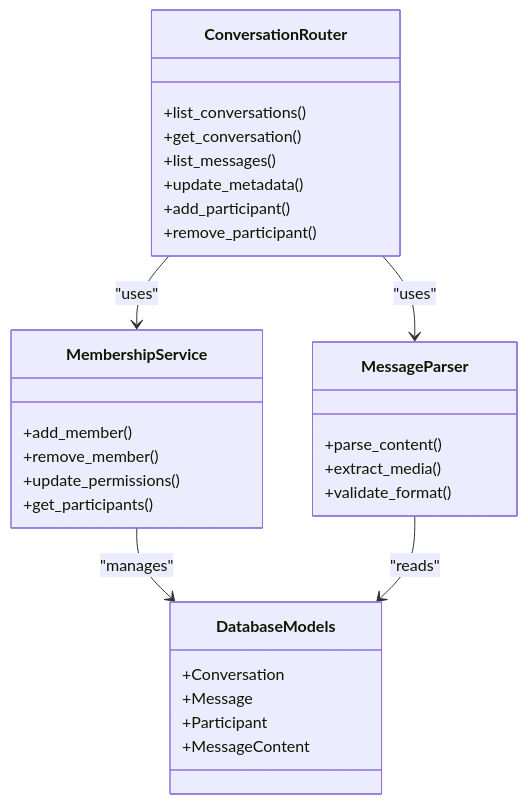
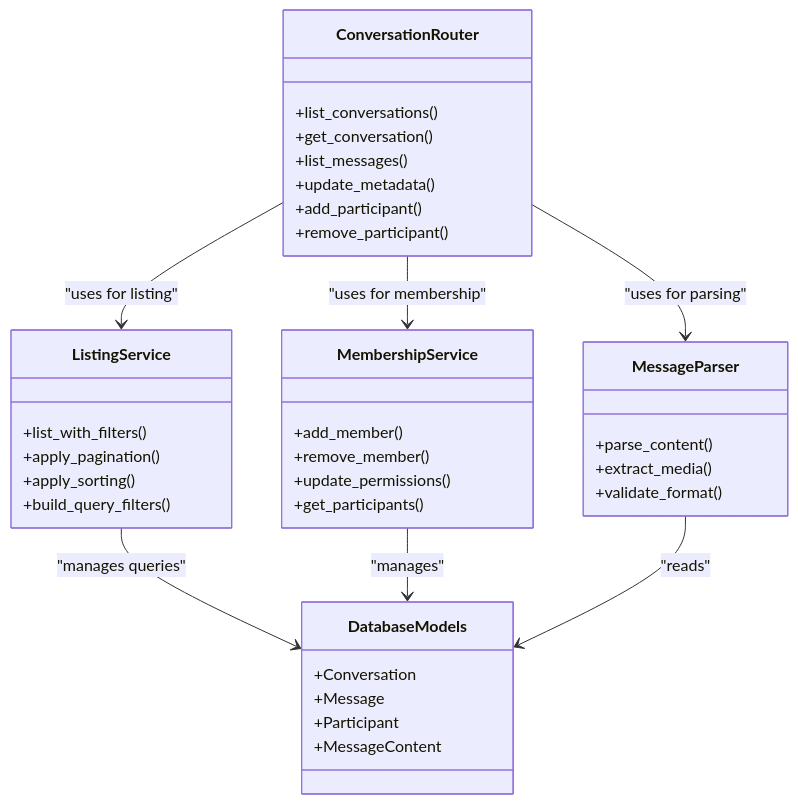
One commit to zuohaisu/wecom-archive changed the third of 3 diagrams in .qoder/repowiki/en/content/API Reference/Conversations API.md. Above: the diagram before and after it, drawn with Mermaid. The commit also changed other lines of this file and 148 other files, not shown here.

````diff
--- a/.qoder/repowiki/en/content/API Reference/Conversations API.md
+++ b/.qoder/repowiki/en/content/API Reference/Conversations API.md
@@ -256,32 +282,40 @@
 ```mermaid
 classDiagram
 class ConversationRouter {
 +list_conversations()
 +get_conversation()
 +list_messages()
 +update_metadata()
 +add_participant()
 +remove_participant()
+}
+class ListingService {
++list_with_filters()
++apply_pagination()
++apply_sorting()
++build_query_filters()
 }
 class MembershipService {
 +add_member()
 +remove_member()
 +update_permissions()
 +get_participants()
 }
 class MessageParser {
 +parse_content()
 +extract_media()
 +validate_format()
 }
 class DatabaseModels {
 +Conversation
 +Message
 +Participant
 +MessageContent
 }
-ConversationRouter --> MembershipService : "uses"
-ConversationRouter --> MessageParser : "uses"
+ConversationRouter --> ListingService : "uses for listing"
+ConversationRouter --> MembershipService : "uses for membership"
+ConversationRouter --> MessageParser : "uses for parsing"
+ListingService --> DatabaseModels : "manages queries"
 MembershipService --> DatabaseModels : "manages"
 MessageParser --> DatabaseModels : "reads"
 ```
````
